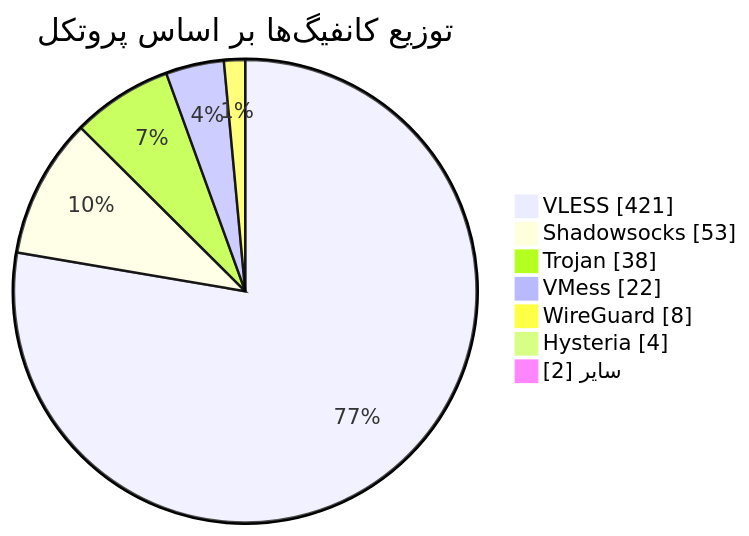
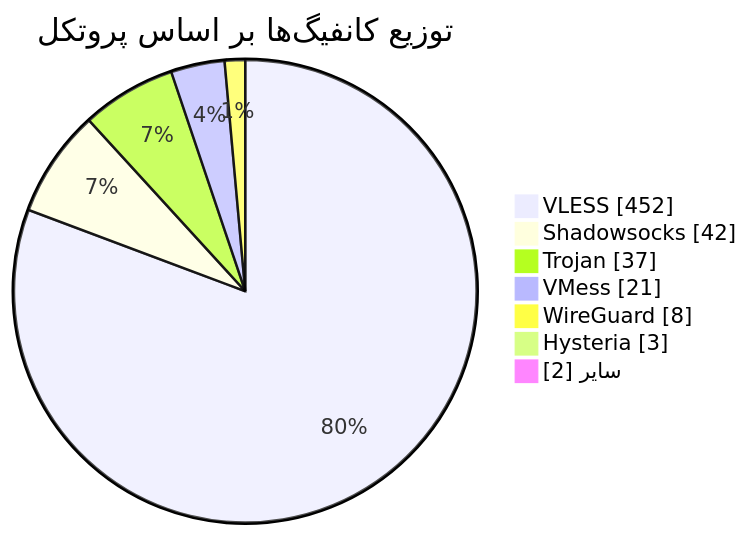
The diagram in README.md (Arian-Alijani/Somthing), drawn with Mermaid before and after one commit. The commit also changed other lines of this file and 81 other files, not shown here.

````diff
--- a/README.md
+++ b/README.md
@@ -49,11 +49,11 @@
 ```mermaid
 pie showData
     title توزیع کانفیگ‌ها بر اساس پروتکل
-    "VLESS" : 421
-    "Shadowsocks" : 53
-    "Trojan" : 38
-    "VMess" : 22
+    "VLESS" : 452
+    "Shadowsocks" : 42
+    "Trojan" : 37
+    "VMess" : 21
     "WireGuard" : 8
-    "Hysteria" : 4
+    "Hysteria" : 3
     "سایر" : 2
 ```
````
